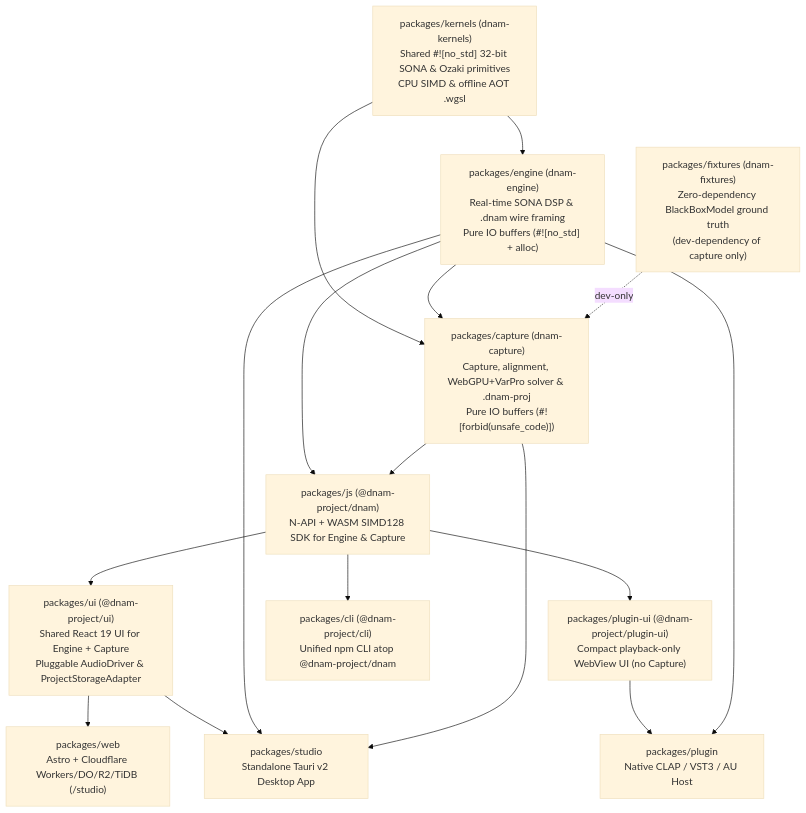
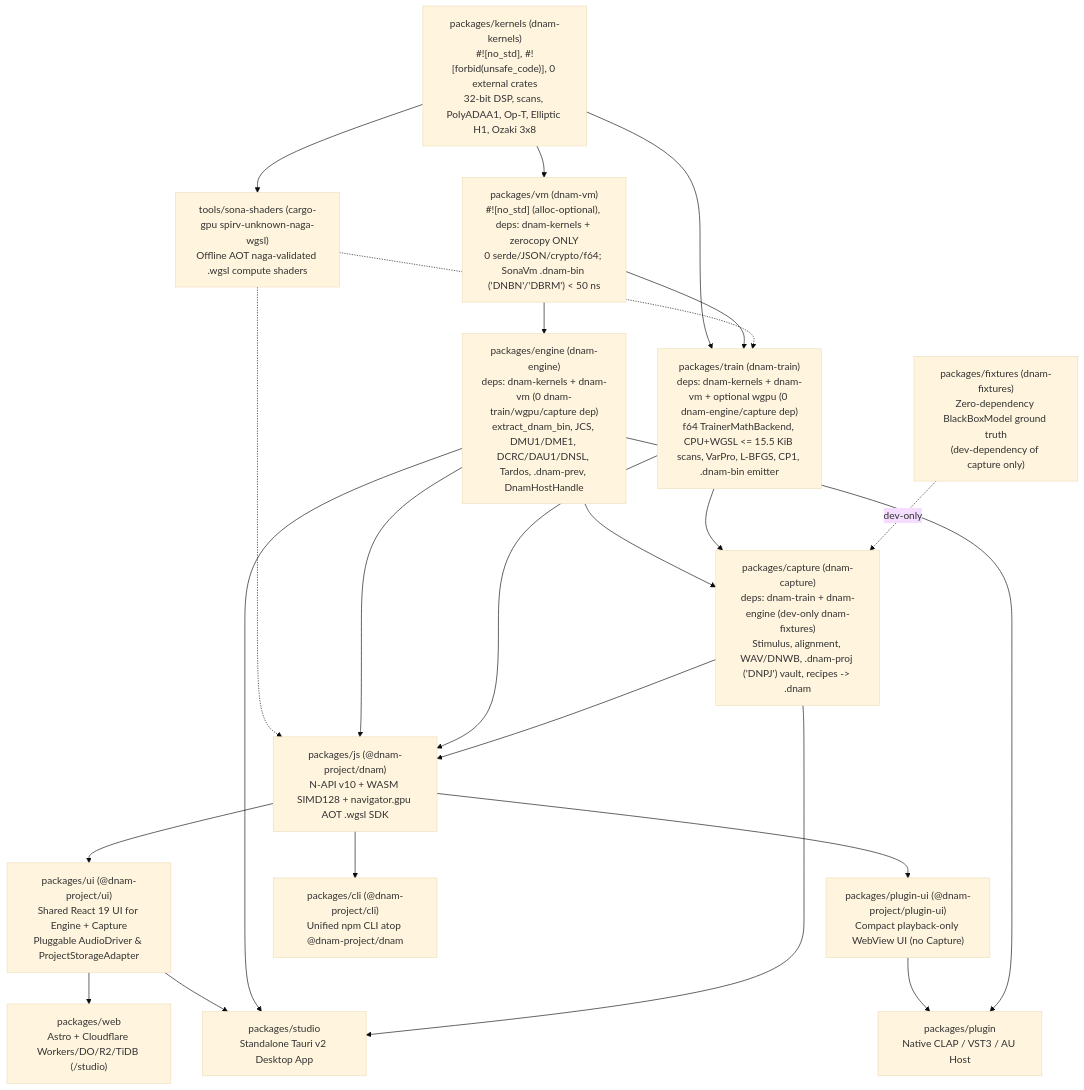
One commit to mokugen/dnam changed the diagram in docs/adr/0020-modular-monorepo-and-dnam-proj-container.md. Above: the diagram before and after it, drawn with Mermaid (base theme). The commit also changed other lines of this file and 34 other files, not shown here.

Commit message:
docs(sona): lock 5-crate diamond, .dnam-bin VM format & clean-room M5 specs

````diff
--- a/docs/adr/0020-modular-monorepo-and-dnam-proj-container.md
+++ b/docs/adr/0020-modular-monorepo-and-dnam-proj-container.md
@@ -52,30 +53,40 @@
 ```mermaid
 flowchart TD
-    Kernels["packages/kernels (dnam-kernels)<br/>Shared #![no_std] 32-bit SONA & Ozaki primitives<br/>CPU SIMD & offline AOT .wgsl"]
-    Engine["packages/engine (dnam-engine)<br/>Real-time SONA DSP & .dnam wire framing<br/>Pure IO buffers (#![no_std] + alloc)"]
+    Kernels["packages/kernels (dnam-kernels)<br/>#![no_std], #![forbid(unsafe_code)], 0 external crates<br/>32-bit DSP, scans, PolyADAA1, Op-T, Elliptic H1, Ozaki 3x8"]
+    Shaders["tools/sona-shaders (cargo-gpu spirv-unknown-naga-wgsl)<br/>Offline AOT naga-validated .wgsl compute shaders"]
+    VM["packages/vm (dnam-vm)<br/>#![no_std] (alloc-optional), deps: dnam-kernels + zerocopy ONLY<br/>0 serde/JSON/crypto/f64; SonaVm .dnam-bin ('DNBN'/'DBRM') < 50 ns"]
+    Engine["packages/engine (dnam-engine)<br/>deps: dnam-kernels + dnam-vm (0 dnam-train/wgpu/capture dep)<br/>extract_dnam_bin, JCS, DMU1/DME1, DCRC/DAU1/DNSL, Tardos, .dnam-prev, DnamHostHandle"]
+    Train["packages/train (dnam-train)<br/>deps: dnam-kernels + dnam-vm + optional wgpu (0 dnam-engine/capture dep)<br/>f64 TrainerMathBackend, CPU+WGSL <= 15.5 KiB scans, VarPro, L-BFGS, CP1, .dnam-bin emitter"]
     Fixtures["packages/fixtures (dnam-fixtures)<br/>Zero-dependency BlackBoxModel ground truth<br/>(dev-dependency of capture only)"]
-    Capture["packages/capture (dnam-capture)<br/>Capture, alignment, WebGPU+VarPro solver & .dnam-proj<br/>Pure IO buffers (#![forbid(unsafe_code)])"]
-    Js["packages/js (@dnam-project/dnam)<br/>N-API + WASM SIMD128 SDK for Engine & Capture"]
+    Capture["packages/capture (dnam-capture)<br/>deps: dnam-train + dnam-engine (dev-only dnam-fixtures)<br/>Stimulus, alignment, WAV/DNWB, .dnam-proj ('DNPJ') vault, recipes -> .dnam"]
+    Js["packages/js (@dnam-project/dnam)<br/>N-API v10 + WASM SIMD128 + navigator.gpu AOT .wgsl SDK"]
     Ui["packages/ui (@dnam-project/ui)<br/>Shared React 19 UI for Engine + Capture<br/>Pluggable AudioDriver & ProjectStorageAdapter"]
     PluginUi["packages/plugin-ui (@dnam-project/plugin-ui)<br/>Compact playback-only WebView UI (no Capture)"]
     Web["packages/web<br/>Astro + Cloudflare Workers/DO/R2/TiDB (/studio)"]
     Plugin["packages/plugin<br/>Native CLAP / VST3 / AU Host"]
     Studio["packages/studio<br/>Standalone Tauri v2 Desktop App"]
     Cli["packages/cli (@dnam-project/cli)<br/>Unified npm CLI atop @dnam-project/dnam"]
 
-    Kernels --> Engine
-    Kernels --> Capture
+    Kernels --> VM
+    Kernels --> Train
+    Kernels --> Shaders
+    VM --> Engine
+    VM --> Train
+    Shaders -.-> Train
+    Shaders -.-> Js
     Engine --> Capture
+    Train --> Capture
     Fixtures -. "dev-only" .-> Capture
     Engine --> Js
+    Train --> Js
     Capture --> Js
     Js --> Ui
     Js --> PluginUi
     Ui --> Web
     PluginUi --> Plugin
     Engine --> Plugin
     Ui --> Studio
     Engine --> Studio
     Capture --> Studio
     Js --> Cli
 ```
````
